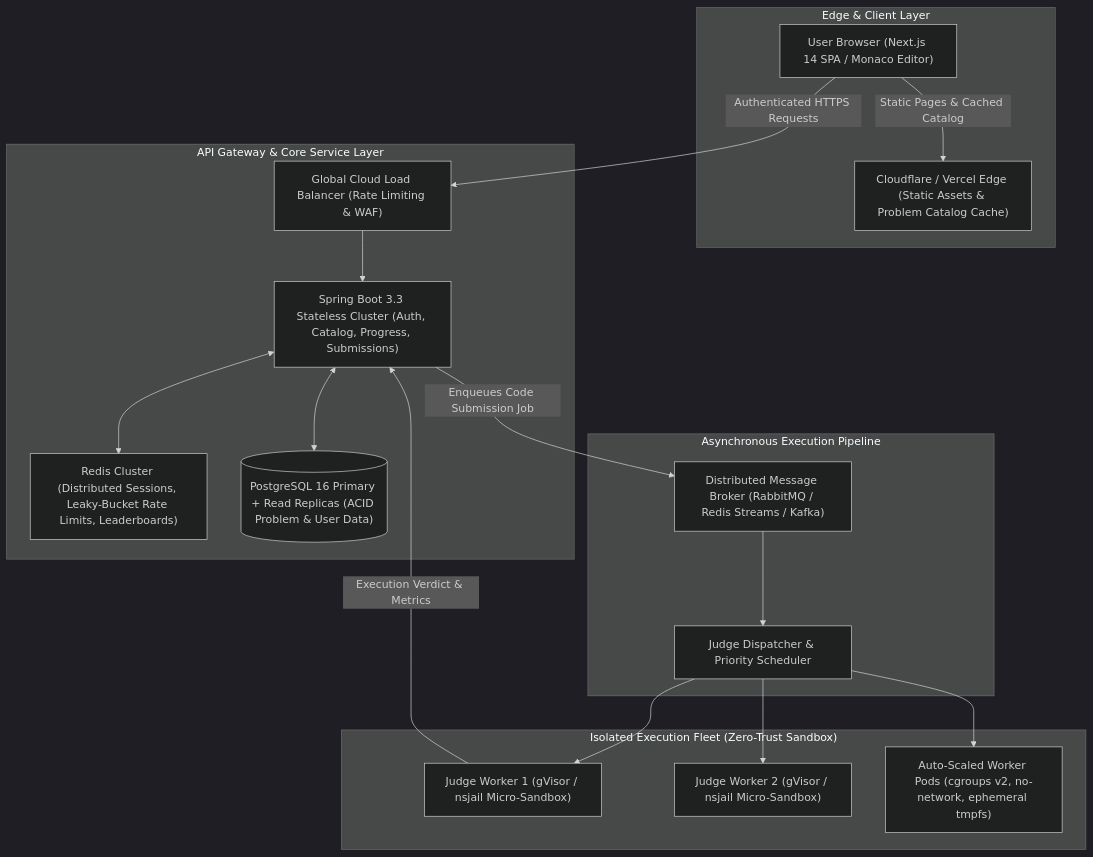
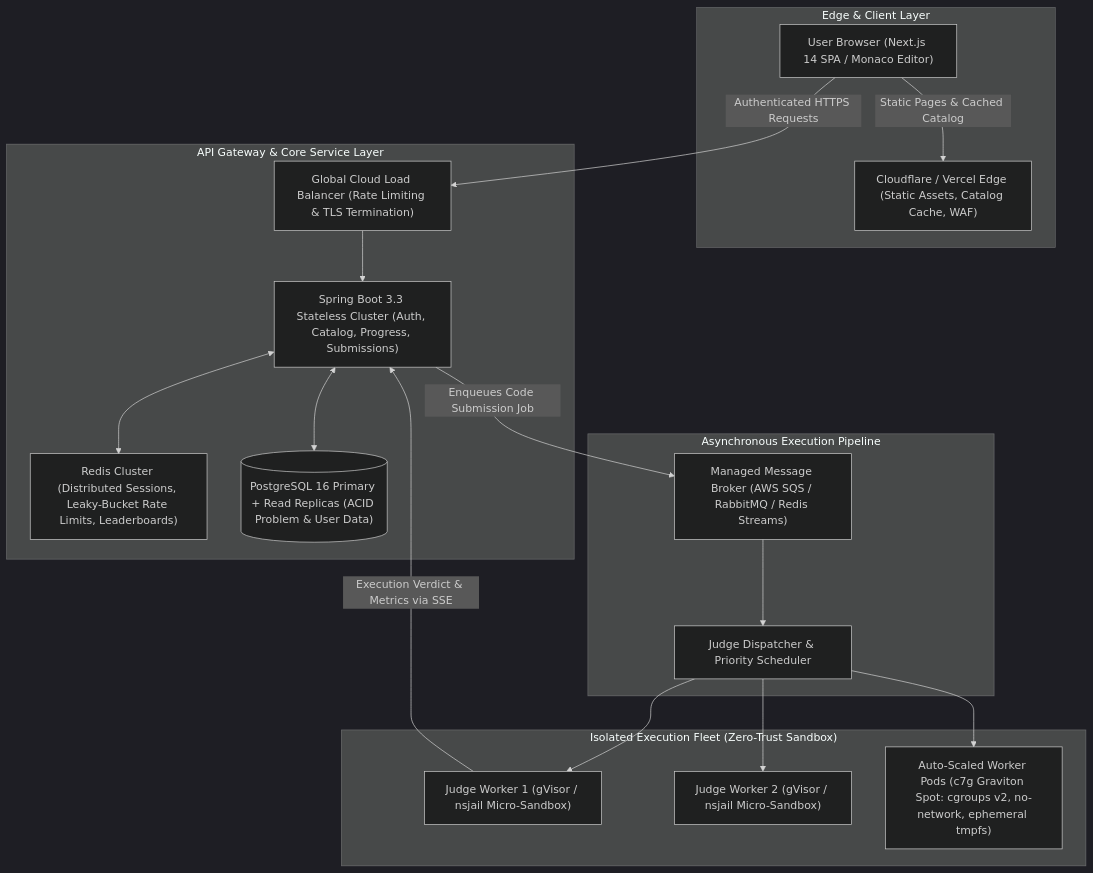
Before and after one commit to hrishu22/Katasphere: the first of 6 diagrams in docs/ENTERPRISE_ARCHITECTURE.md, drawn with Mermaid (dark theme). The commit also changed other lines of this file and 1 other file, not shown here.

Commit message:
docs: unify capacity planning and back-of-the-envelope calculations into enterprise architecture

````diff
--- a/docs/ENTERPRISE_ARCHITECTURE.md
+++ b/docs/ENTERPRISE_ARCHITECTURE.md
@@ -11,38 +11,38 @@
 ```mermaid
 flowchart TD
     subgraph ClientLayer["Edge & Client Layer"]
         UserBrowser["User Browser (Next.js 14 SPA / Monaco Editor)"]
-        EdgeCDN["Cloudflare / Vercel Edge (Static Assets & Problem Catalog Cache)"]
+        EdgeCDN["Cloudflare / Vercel Edge (Static Assets, Catalog Cache, WAF)"]
     end
 
     subgraph APILayer["API Gateway & Core Service Layer"]
-        LoadBalancer["Global Cloud Load Balancer (Rate Limiting & WAF)"]
+        LoadBalancer["Global Cloud Load Balancer (Rate Limiting & TLS Termination)"]
         BackendCluster["Spring Boot 3.3 Stateless Cluster (Auth, Catalog, Progress, Submissions)"]
         RedisCache["Redis Cluster (Distributed Sessions, Leaky-Bucket Rate Limits, Leaderboards)"]
         PostgresDB[("PostgreSQL 16 Primary + Read Replicas (ACID Problem & User Data)")]
     end
 
     subgraph AsyncExecution["Asynchronous Execution Pipeline"]
-        SubQueue["Distributed Message Broker (RabbitMQ / Redis Streams / Kafka)"]
+        SubQueue["Managed Message Broker (AWS SQS / RabbitMQ / Redis Streams)"]
         Dispatcher["Judge Dispatcher & Priority Scheduler"]
     end
 
     subgraph SandboxFleet["Isolated Execution Fleet (Zero-Trust Sandbox)"]
         Worker1["Judge Worker 1 (gVisor / nsjail Micro-Sandbox)"]
         Worker2["Judge Worker 2 (gVisor / nsjail Micro-Sandbox)"]
-        WorkerN["Auto-Scaled Worker Pods (cgroups v2, no-network, ephemeral tmpfs)"]
+        WorkerN["Auto-Scaled Worker Pods (c7g Graviton Spot: cgroups v2, no-network, ephemeral tmpfs)"]
     end
 
     UserBrowser -->|Static Pages & Cached Catalog| EdgeCDN
     UserBrowser -->|Authenticated HTTPS Requests| LoadBalancer
     LoadBalancer --> BackendCluster
     BackendCluster <--> RedisCache
     BackendCluster <--> PostgresDB
 
     BackendCluster -->|Enqueues Code Submission Job| SubQueue
     SubQueue --> Dispatcher
     Dispatcher --> Worker1
     Dispatcher --> Worker2
     Dispatcher --> WorkerN
-    Worker1 -->|Execution Verdict & Metrics| BackendCluster
+    Worker1 -->|Execution Verdict & Metrics via SSE| BackendCluster
 ```
````
